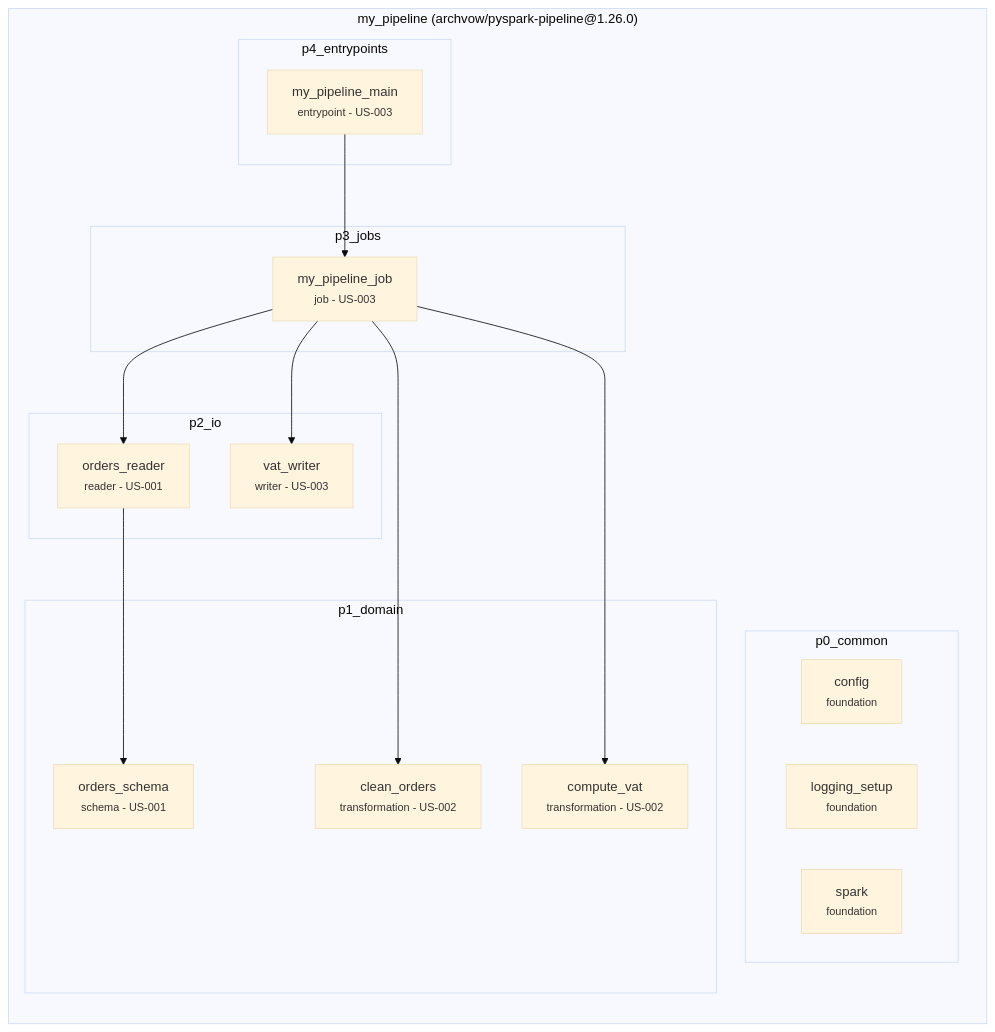
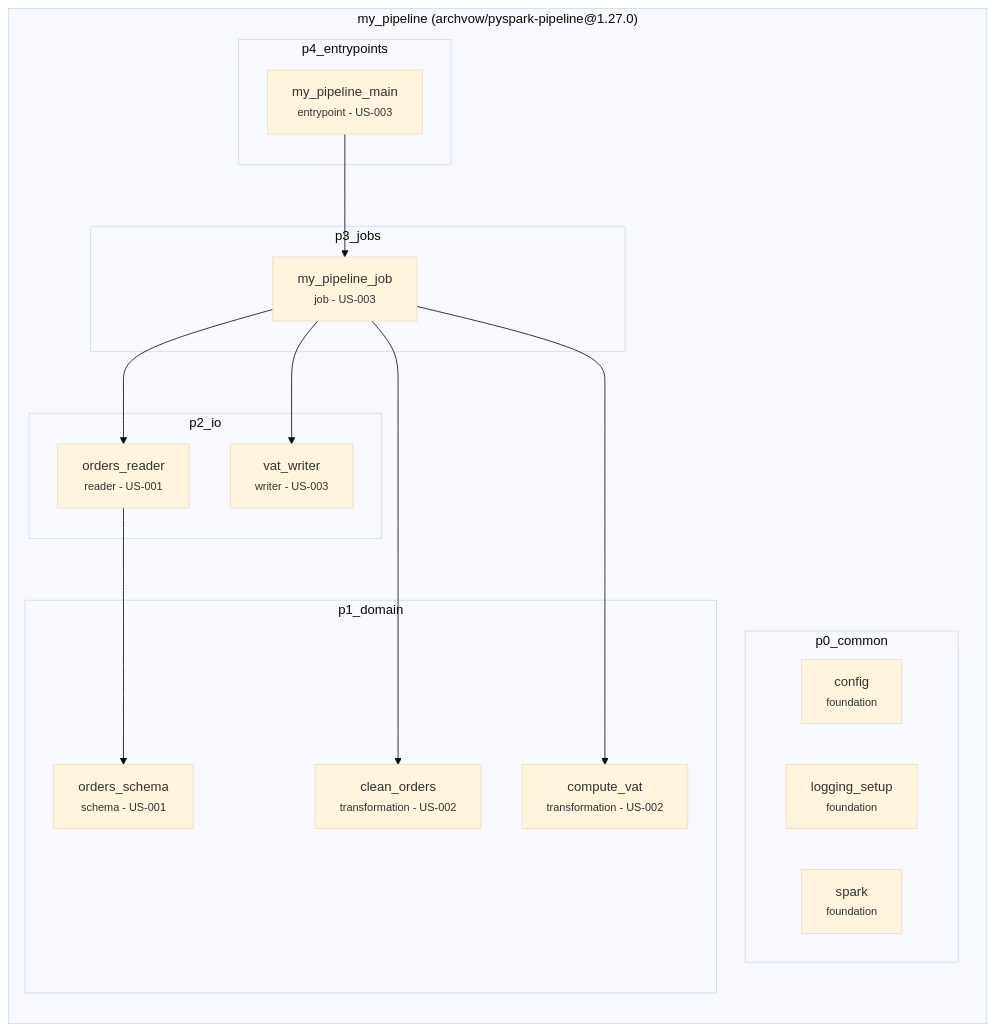
The diagram in contract/archvow/examples/pyspark-pipeline/.archvow/spec.md (archvow/archvow-plugin), drawn with Mermaid (base theme) before and after one commit. The commit also changed other lines of this file and 150 other files, not shown here.

````diff
--- a/contract/archvow/examples/pyspark-pipeline/.archvow/spec.md
+++ b/contract/archvow/examples/pyspark-pipeline/.archvow/spec.md
@@ -11,33 +11,33 @@
 ```mermaid
 flowchart TB
-  subgraph my_pipeline["my_pipeline (archvow/pyspark-pipeline@1.26.0)"]
+  subgraph my_pipeline["my_pipeline (archvow/pyspark-pipeline@1.27.0)"]
     direction TB
     subgraph my_pipeline__p0_common["p0_common"]
       my_pipeline__config["config<br/><small>foundation</small>"]
       my_pipeline__logging_setup["logging_setup<br/><small>foundation</small>"]
       my_pipeline__spark["spark<br/><small>foundation</small>"]
     end
     subgraph my_pipeline__p1_domain["p1_domain"]
       my_pipeline__clean_orders["clean_orders<br/><small>transformation - US-002</small>"]
       my_pipeline__compute_vat["compute_vat<br/><small>transformation - US-002</small>"]
       my_pipeline__orders_schema["orders_schema<br/><small>schema - US-001</small>"]
     end
     subgraph my_pipeline__p2_io["p2_io"]
       my_pipeline__orders_reader["orders_reader<br/><small>reader - US-001</small>"]
       my_pipeline__vat_writer["vat_writer<br/><small>writer - US-003</small>"]
     end
     subgraph my_pipeline__p3_jobs["p3_jobs"]
       my_pipeline__my_pipeline_job["my_pipeline_job<br/><small>job - US-003</small>"]
     end
     subgraph my_pipeline__p4_entrypoints["p4_entrypoints"]
       my_pipeline__my_pipeline_main["my_pipeline_main<br/><small>entrypoint - US-003</small>"]
     end
   end
   my_pipeline__orders_reader --> my_pipeline__orders_schema
   my_pipeline__my_pipeline_job --> my_pipeline__orders_reader
   my_pipeline__my_pipeline_job --> my_pipeline__clean_orders
   my_pipeline__my_pipeline_job --> my_pipeline__compute_vat
   my_pipeline__my_pipeline_job --> my_pipeline__vat_writer
   my_pipeline__my_pipeline_main --> my_pipeline__my_pipeline_job
   classDef empty fill:none,stroke:none
 ```
````
